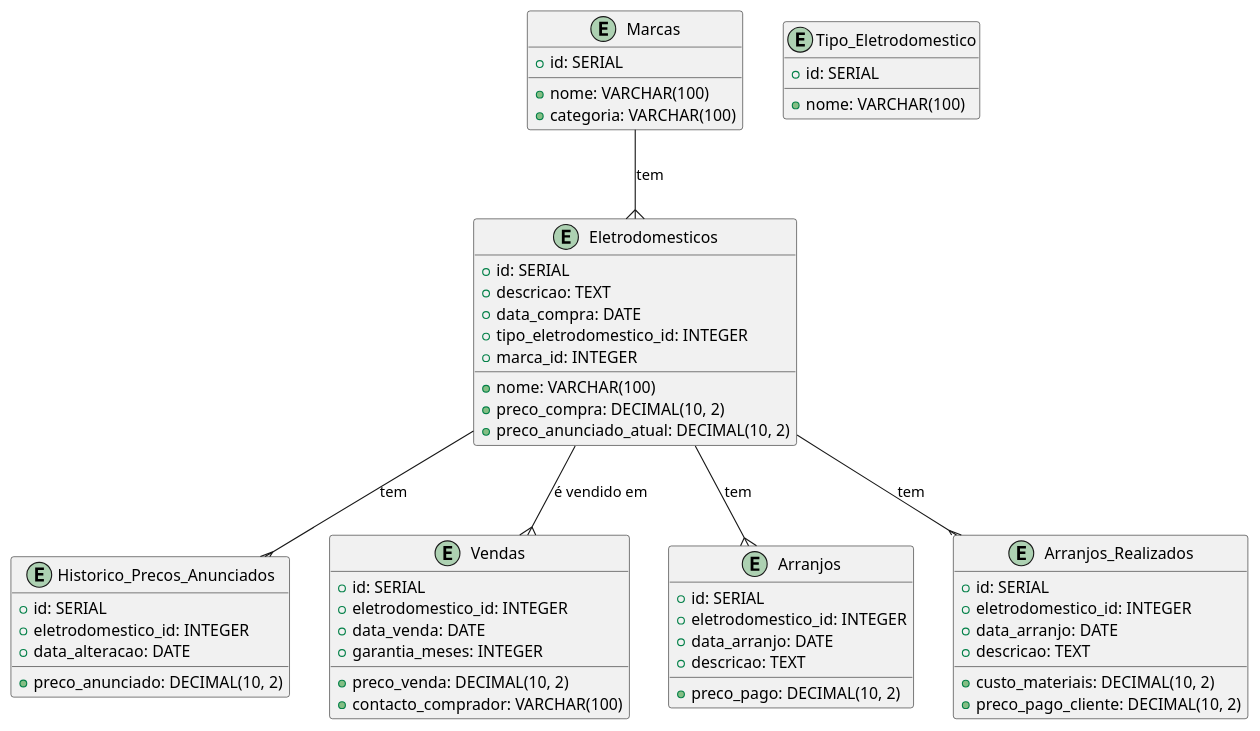
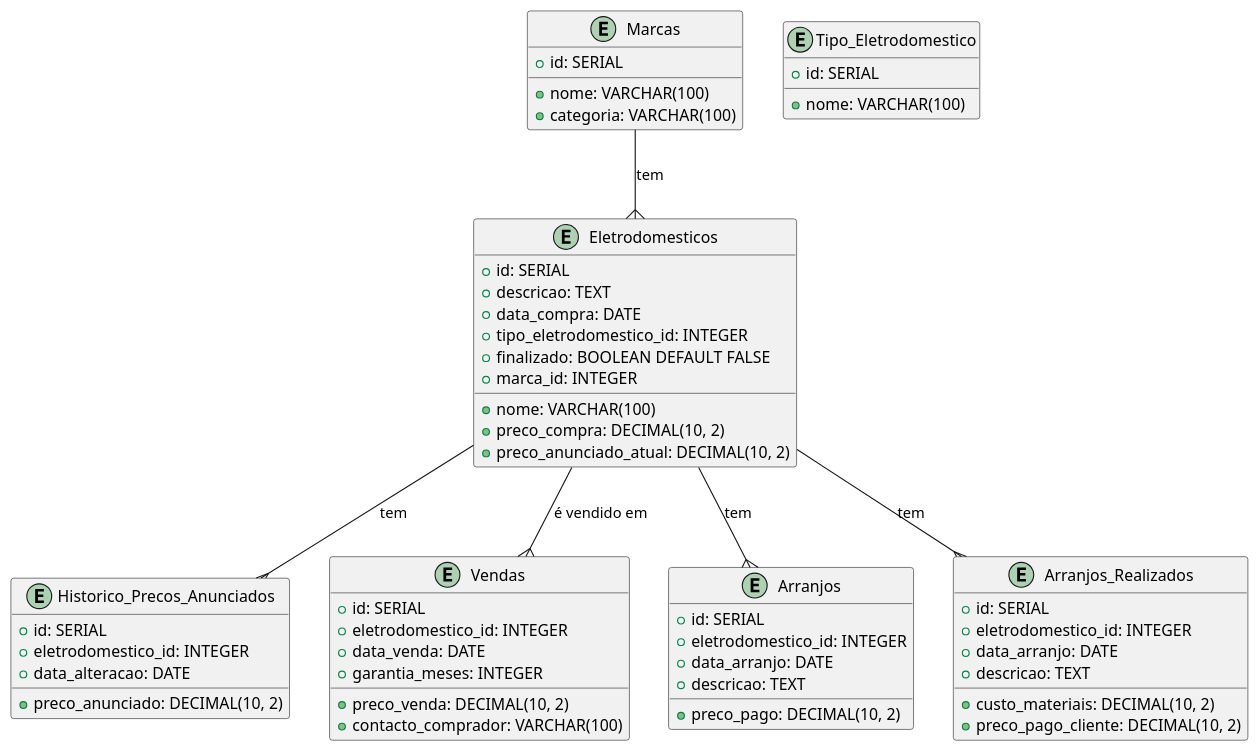
One commit to 1191830/machineStockControl changed the diagram in docs/dominio/dominio.puml. Above: the diagram before and after it, drawn with PlantUML. The commit also changed 35 other files, not shown here.

Commit message:
criado flow vendas

```diff
--- a/docs/dominio/dominio.puml
+++ b/docs/dominio/dominio.puml
@@ -1,64 +1,65 @@
 @startuml
 
 entity "Marcas" as M {
   +id: SERIAL
   +nome: VARCHAR(100)
   +categoria: VARCHAR(100)
 }
 
 entity "Tipo_Eletrodomestico" as T {
   +id: SERIAL
   +nome: VARCHAR(100)
 }
 
 entity "Eletrodomesticos" as E {
   +id: SERIAL
   +nome: VARCHAR(100)
   +descricao: TEXT
   +data_compra: DATE
   +preco_compra: DECIMAL(10, 2)
   +preco_anunciado_atual: DECIMAL(10, 2)
   +tipo_eletrodomestico_id: INTEGER  
+  +finalizado: BOOLEAN DEFAULT FALSE
   +marca_id: INTEGER
 }
 
 entity "Historico_Precos_Anunciados" as H {
   +id: SERIAL
   +eletrodomestico_id: INTEGER
   +preco_anunciado: DECIMAL(10, 2)
   +data_alteracao: DATE
 }
 
 entity "Vendas" as V {
   +id: SERIAL
   +eletrodomestico_id: INTEGER
   +data_venda: DATE
   +preco_venda: DECIMAL(10, 2)
   +garantia_meses: INTEGER
   +contacto_comprador: VARCHAR(100)
 }
 
 entity "Arranjos" as A {
   +id: SERIAL
   +eletrodomestico_id: INTEGER
   +data_arranjo: DATE
   +descricao: TEXT
   +preco_pago: DECIMAL(10, 2)
 }
 
 entity "Arranjos_Realizados" as AR {
   +id: SERIAL
   +eletrodomestico_id: INTEGER
   +data_arranjo: DATE
   +descricao: TEXT
   +custo_materiais: DECIMAL(10, 2)
   +preco_pago_cliente: DECIMAL(10, 2)
 }
 
 M --{ E : "tem"
 E --{ H : "tem" 
 E --{ V : "é vendido em"
 E --{ A : "tem" 
 E --{ AR : "tem"
 
 @enduml
```
